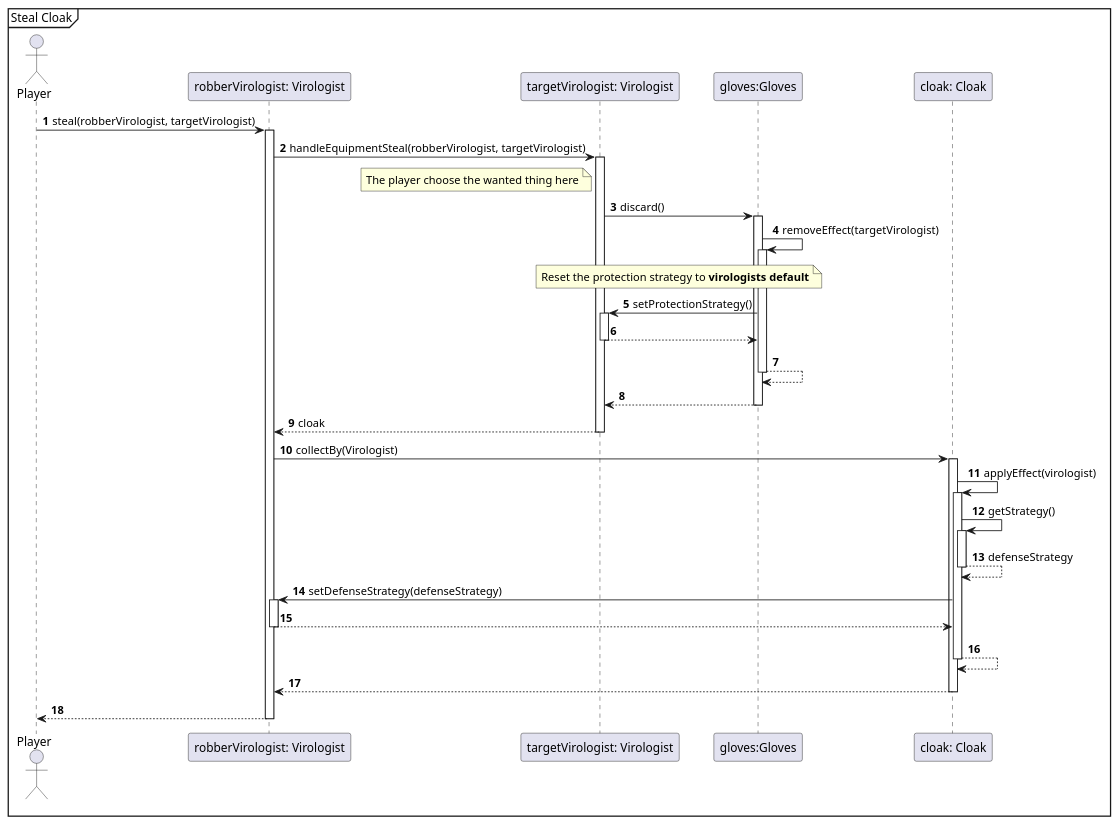
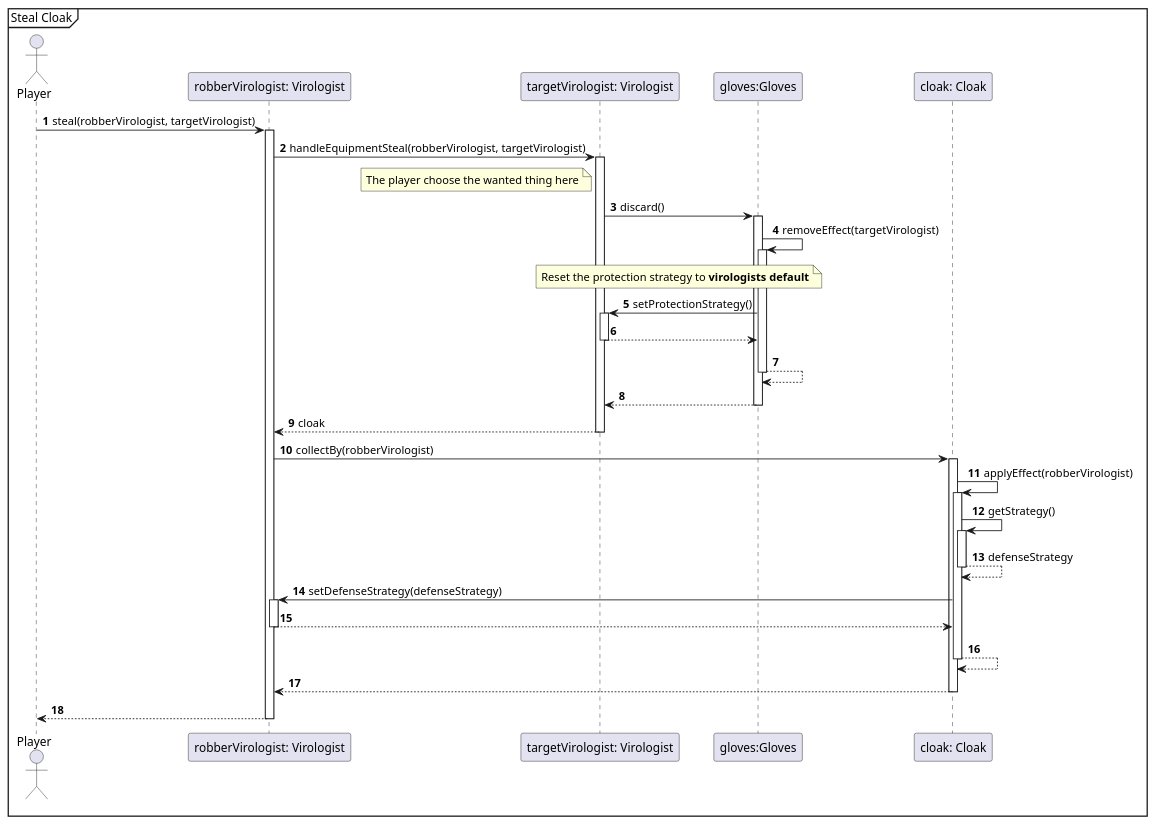
Before and after one commit to Projlab-csb/projlab-virologus: the diagram in Exact Sequence-diagrams/StealCloak.puml, drawn with PlantUML. The commit also changed 4 other files, not shown here.

Commit message:
Little changes in sequences

```diff
--- a/Exact Sequence-diagrams/StealCloak.puml
+++ b/Exact Sequence-diagrams/StealCloak.puml
@@ -1,50 +1,50 @@
 @startuml
 'https://plantuml.com/sequence-diagram
 autonumber
 
 mainframe Steal Cloak
 
 actor Player
 
 Player -> "robberVirologist: Virologist"++: steal(robberVirologist, targetVirologist)
 
 "robberVirologist: Virologist" ->  "targetVirologist: Virologist"++: handleEquipmentSteal(robberVirologist, targetVirologist)
 
 
         note left  "targetVirologist: Virologist"
             The player choose the wanted thing here
         end note
 
          "targetVirologist: Virologist"->"gloves:Gloves"++:discard()
                    "gloves:Gloves" -> "gloves:Gloves"++ : removeEffect(targetVirologist)
                     note over  "targetVirologist: Virologist", "gloves:Gloves"
                     Reset the protection strategy to **virologists default**
                      end note
         
                     "gloves:Gloves" ->  "targetVirologist: Virologist"++: setProtectionStrategy()
                     "targetVirologist: Virologist" --> "gloves:Gloves"--
         
                     "gloves:Gloves"-->  "gloves:Gloves"--
         
                          "gloves:Gloves"--> "targetVirologist: Virologist"--
 
      "targetVirologist: Virologist" -->"robberVirologist: Virologist"--: cloak
-  "robberVirologist: Virologist" -> "cloak: Cloak": collectBy(Virologist)
+  "robberVirologist: Virologist" -> "cloak: Cloak": collectBy(robberVirologist)
     Activate "cloak: Cloak"
  
-     "cloak: Cloak" -> "cloak: Cloak"++ : applyEffect(virologist)
+     "cloak: Cloak" -> "cloak: Cloak"++ : applyEffect(robberVirologist)
  
        "cloak: Cloak" -> "cloak: Cloak"++ : getStrategy()
        "cloak: Cloak" --> "cloak: Cloak"-- : defenseStrategy
  
        "cloak: Cloak" -> "robberVirologist: Virologist"++: setDefenseStrategy(defenseStrategy)
        "robberVirologist: Virologist" --> "cloak: Cloak"--
  
        "cloak: Cloak" --> "cloak: Cloak"--
  
     "cloak: Cloak" --> "robberVirologist: Virologist":
     Deactivate "cloak: Cloak"
 
 
 "robberVirologist: Virologist" --> Player --
 @enduml
```
